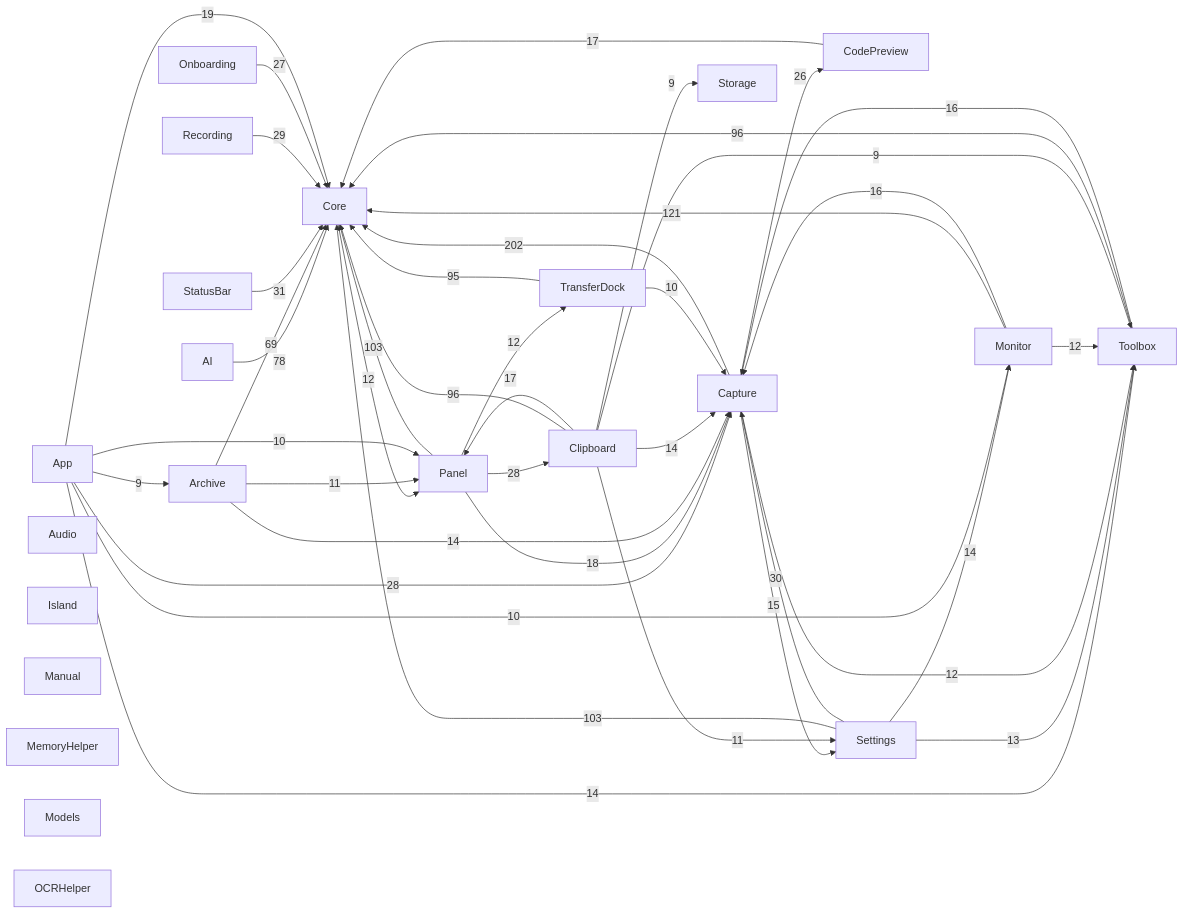
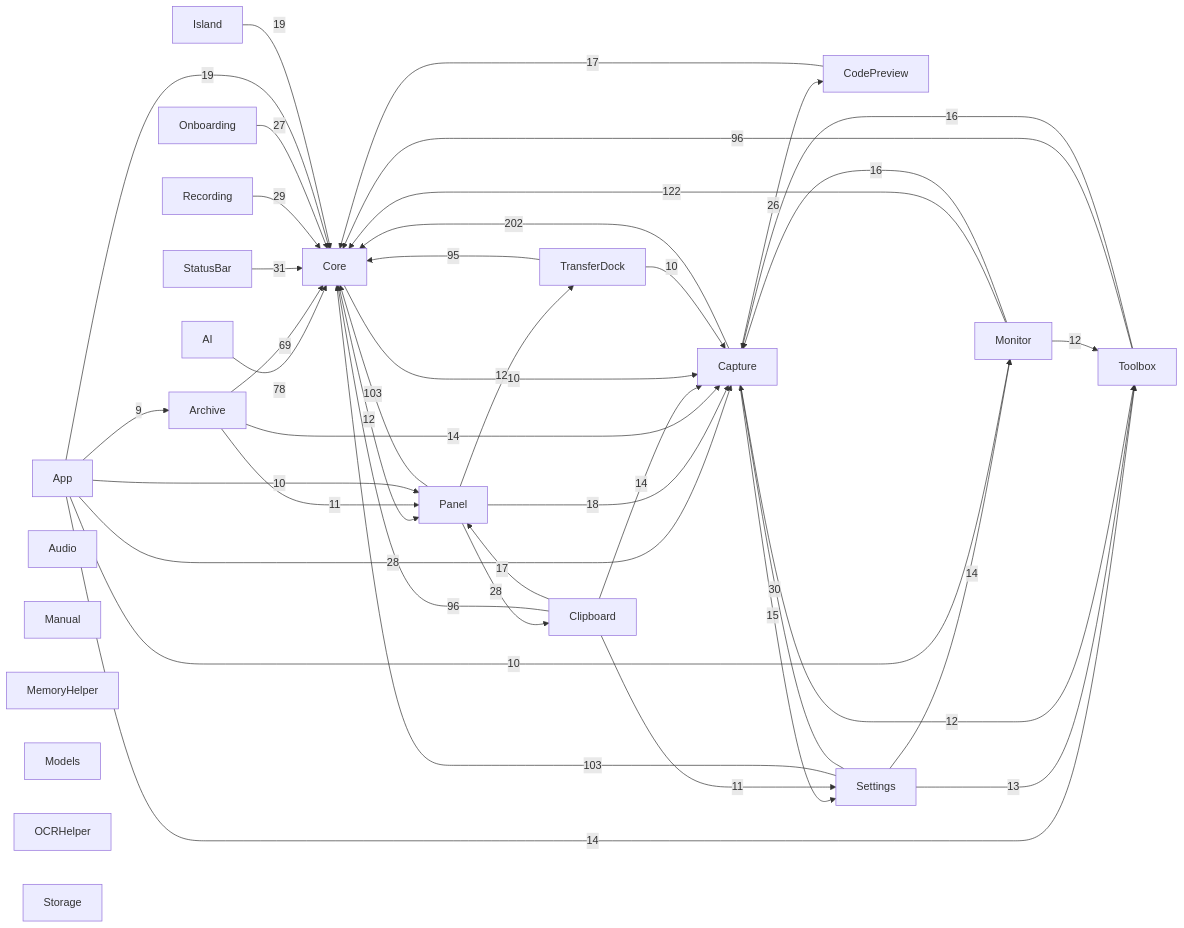
The diagram in docs/00-总览/模块依赖图.md (sxyq/Kitnest), drawn with Mermaid before and after one commit. The commit also changed other lines of this file and 16 other files, not shown here.

````diff
--- a/docs/00-总览/模块依赖图.md
+++ b/docs/00-总览/模块依赖图.md
@@ -36,65 +36,65 @@
 ```mermaid
 flowchart LR
   M0["AI"]
   M1["App"]
   M2["Archive"]
   M3["Audio"]
   M4["Capture"]
   M5["Clipboard"]
   M6["CodePreview"]
   M7["Core"]
   M8["Island"]
   M9["Manual"]
   M10["MemoryHelper"]
   M11["Models"]
   M12["Monitor"]
   M13["OCRHelper"]
   M14["Onboarding"]
   M15["Panel"]
   M16["Recording"]
   M17["Settings"]
   M18["StatusBar"]
   M19["Storage"]
   M20["Toolbox"]
   M21["TransferDock"]
   M4 -->|202| M7
-  M12 -->|121| M7
+  M12 -->|122| M7
   M15 -->|103| M7
   M17 -->|103| M7
   M5 -->|96| M7
   M20 -->|96| M7
   M21 -->|95| M7
   M0 -->|78| M7
   M2 -->|69| M7
   M18 -->|31| M7
   M17 -->|30| M4
   M16 -->|29| M7
   M1 -->|28| M4
   M15 -->|28| M5
   M14 -->|27| M7
   M4 -->|26| M6
   M1 -->|19| M7
+  M8 -->|19| M7
   M15 -->|18| M4
   M5 -->|17| M15
   M6 -->|17| M7
   M12 -->|16| M4
   M20 -->|16| M4
   M4 -->|15| M17
   M1 -->|14| M20
   M2 -->|14| M4
   M5 -->|14| M4
   M17 -->|14| M12
   M17 -->|13| M20
   M7 -->|12| M15
   M4 -->|12| M20
   M12 -->|12| M20
   M15 -->|12| M21
   M2 -->|11| M15
   M5 -->|11| M17
   M1 -->|10| M12
   M1 -->|10| M15
+  M7 -->|10| M4
   M21 -->|10| M4
   M1 -->|9| M2
-  M5 -->|9| M19
-  M5 -->|9| M20
 ```
````
